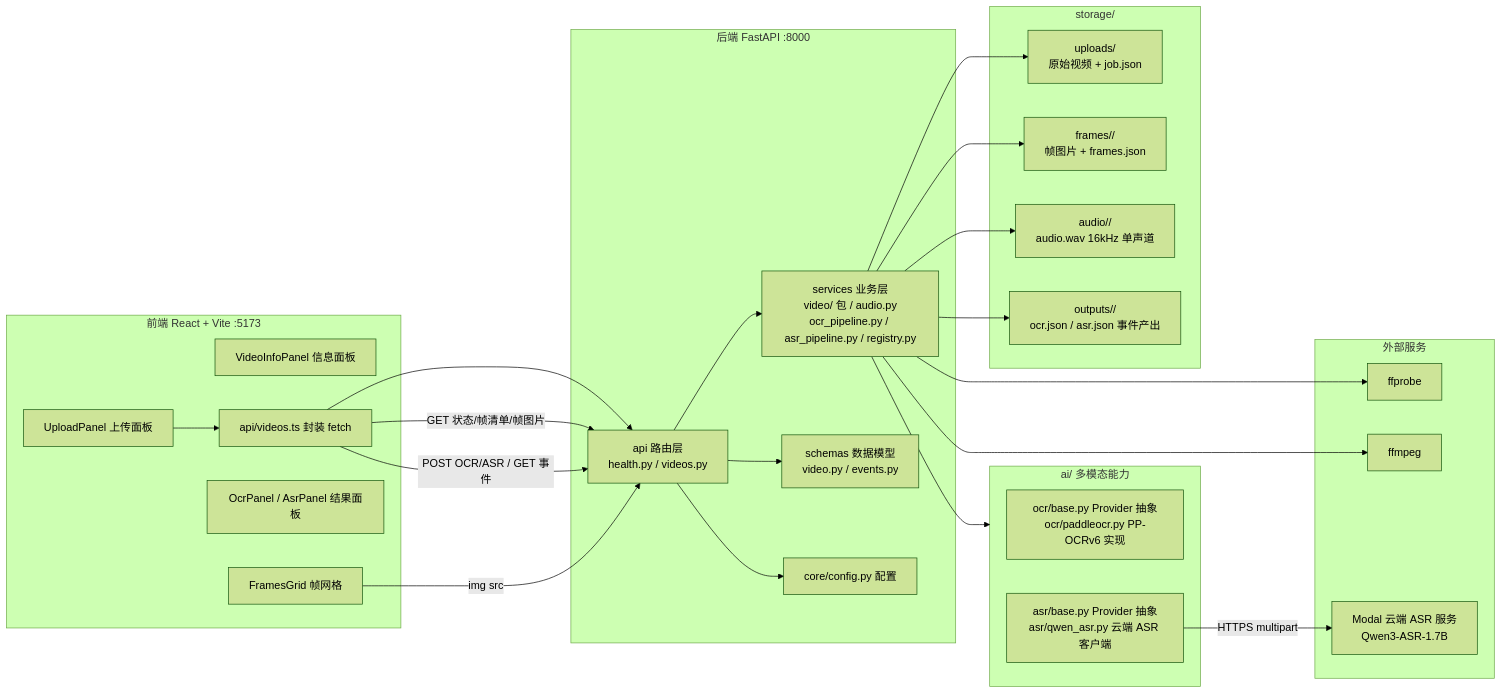
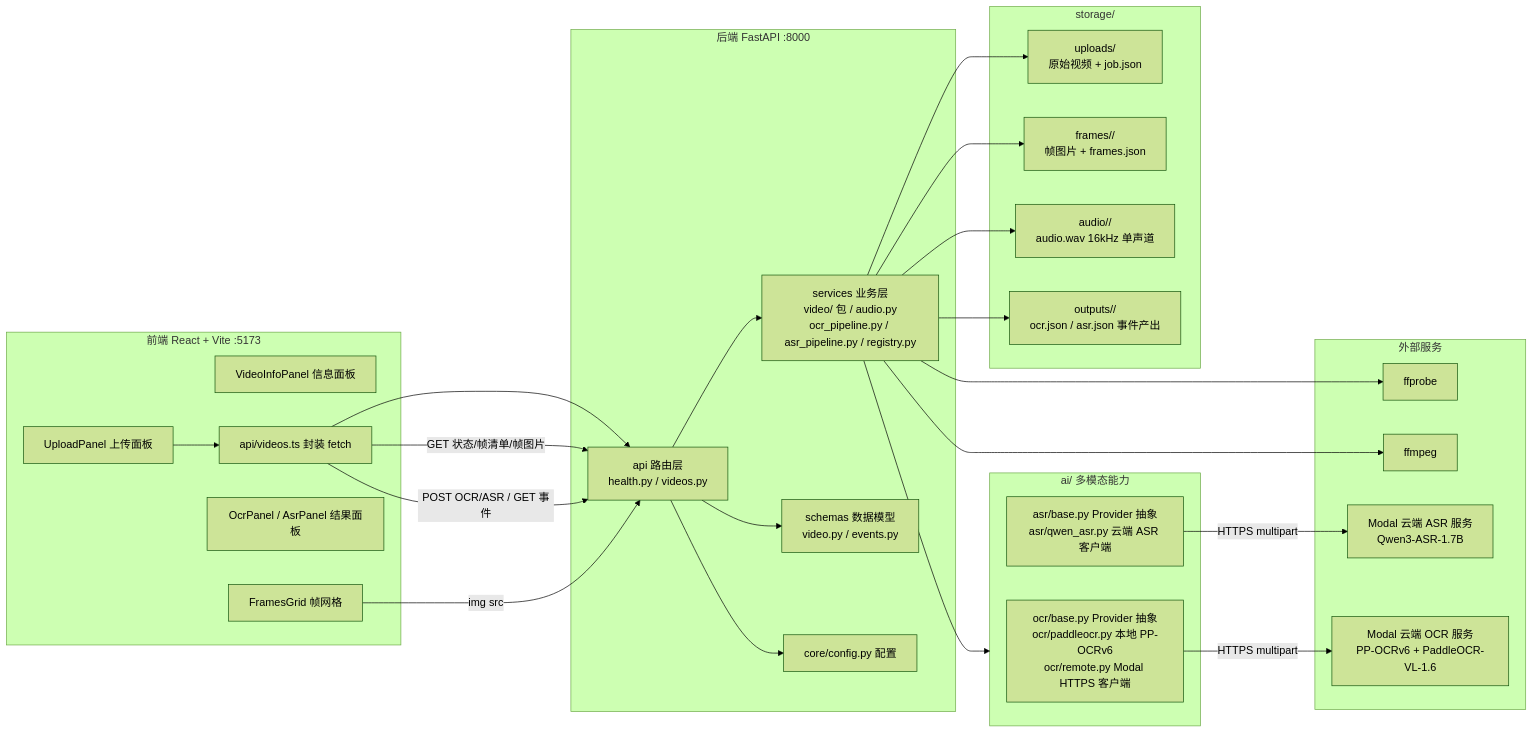
One commit to NCHU-2026-AI-Competition-Team/ai-comic-review changed the diagram in docs/architecture.md. Above: the diagram before and after it, drawn with Mermaid (forest theme). The commit also changed other lines of this file and 10 other files, not shown here.

First line of the commit message:
feat(ocr): 接入 Modal 云端 PP-OCRv6 服务与远端 Provider

````diff
--- a/docs/architecture.md
+++ b/docs/architecture.md
@@ -5,51 +5,53 @@
 ```mermaid
 flowchart LR
     subgraph 前端[前端 React + Vite :5173]
         UP[UploadPanel 上传面板]
         VP[VideoInfoPanel 信息面板]
         FG[FramesGrid 帧网格]
         OP[OcrPanel / AsrPanel 结果面板]
         API[api/videos.ts 封装 fetch]
     end
 
     subgraph 后端[后端 FastAPI :8000]
         ROUTE[api 路由层<br/>health.py / videos.py]
         SVC[services 业务层<br/>video/ 包 / audio.py<br/>ocr_pipeline.py / asr_pipeline.py / registry.py]
         SCHEMA[schemas 数据模型<br/>video.py / events.py]
         CFG[core/config.py 配置]
     end
 
     subgraph AI[ai/ 多模态能力]
-        OCRP[ocr/base.py Provider 抽象<br/>ocr/paddleocr.py PP-OCRv6 实现]
+        OCRP[ocr/base.py Provider 抽象<br/>ocr/paddleocr.py 本地 PP-OCRv6<br/>ocr/remote.py Modal HTTPS 客户端]
         ASRP[asr/base.py Provider 抽象<br/>asr/qwen_asr.py 云端 ASR 客户端]
     end
 
     subgraph 外部服务
         FFP[ffprobe]
         FFM[ffmpeg]
         MODAL[Modal 云端 ASR 服务<br/>Qwen3-ASR-1.7B]
+        MODALOCR[Modal 云端 OCR 服务<br/>PP-OCRv6 + PaddleOCR-VL-1.6]
     end
 
     subgraph 磁盘[storage/]
         UPL[uploads/<br/>原始视频 + job.json]
         FRM[frames/<video_id>/<br/>帧图片 + frames.json]
         AUD[audio/<video_id>/<br/>audio.wav 16kHz 单声道]
         OUT[outputs/<video_id>/<br/>ocr.json / asr.json 事件产出]
     end
 
     UP --> API --> ROUTE
     ROUTE --> SVC
     SVC --> AI
     ASRP -->|HTTPS multipart| MODAL
+    OCRP -->|HTTPS multipart| MODALOCR
     SVC --> FFP
     SVC --> FFM
     SVC --> UPL
     SVC --> FRM
     SVC --> AUD
     SVC --> OUT
     ROUTE --> SCHEMA
     ROUTE --> CFG
     API -->|GET 状态/帧清单/帧图片| ROUTE
     API -->|POST OCR/ASR / GET 事件| ROUTE
     FG -->|img src| ROUTE
 ```
````
